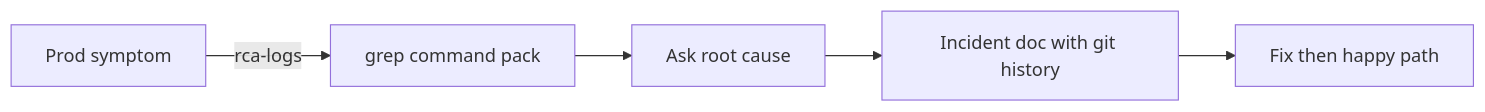
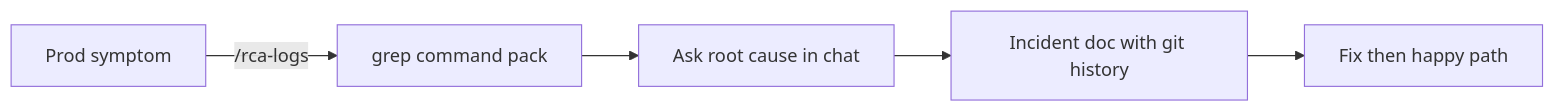
Before and after one commit to trusttAshutosh/cursor-markdowns: the second of 2 diagrams in WORKFLOW.md, drawn with Mermaid. The commit also changed other lines of this file and 1 other file, not shown here.

Commit message:
docs: show exact slash commands on WORKFLOW mermaid edges

````diff
--- a/WORKFLOW.md
+++ b/WORKFLOW.md
@@ -37,7 +37,7 @@
 ```mermaid
 flowchart LR
-  P[Prod symptom] -->|rca-logs| Q[grep command pack]
-  Q --> R[Ask root cause]
+  P[Prod symptom] -->|/rca-logs| Q[grep command pack]
+  Q --> R[Ask root cause in chat]
   R --> S[Incident doc with git history]
   S --> T[Fix then happy path]
 ```
````
